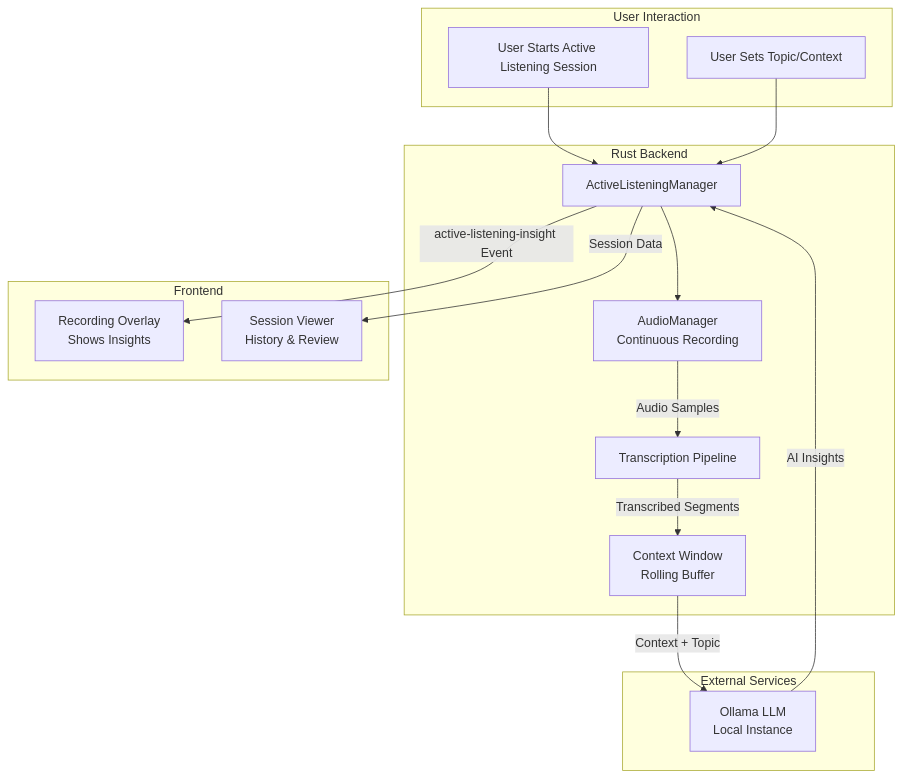
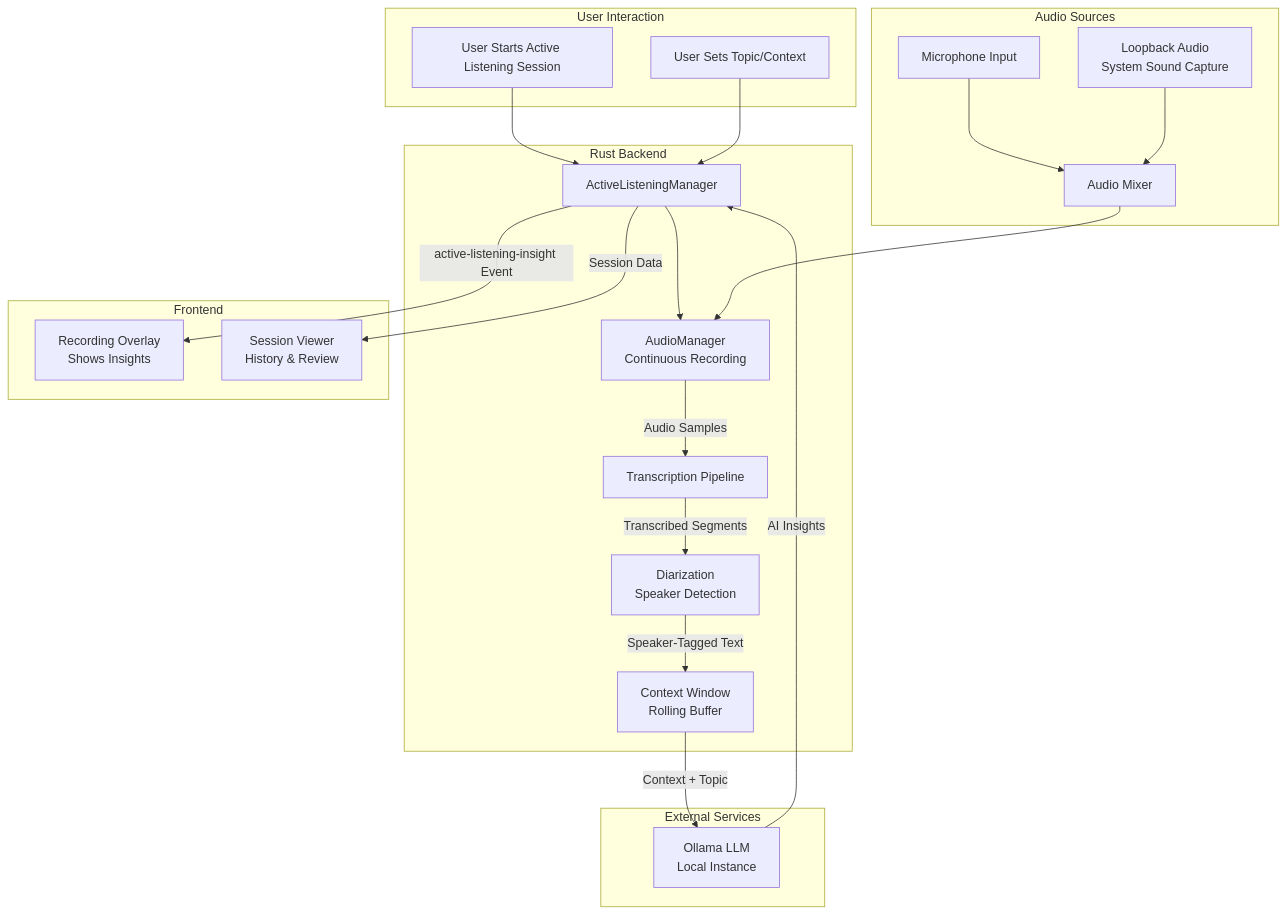
Before and after one commit to thukabjj/Handy: the fourth of 10 diagrams in DEV_DOCS.md, drawn with Mermaid. The commit also changed other lines of this file and 8 other files, not shown here.

````diff
--- a/DEV_DOCS.md
+++ b/DEV_DOCS.md
@@ -98,33 +120,44 @@
 ```mermaid
 graph TD
     subgraph "User Interaction"
         A[User Starts Active Listening Session]
         B[User Sets Topic/Context]
     end
 
+    subgraph "Audio Sources"
+        M[Microphone Input]
+        L[Loopback Audio<br>System Sound Capture]
+        MX[Audio Mixer]
+    end
+
     subgraph "Rust Backend"
         C[AudioManager<br>Continuous Recording]
         D[ActiveListeningManager]
         E[Transcription Pipeline]
+        DI[Diarization<br>Speaker Detection]
         F[Context Window<br>Rolling Buffer]
     end
 
     subgraph "External Services"
         G[Ollama LLM<br>Local Instance]
     end
 
     subgraph "Frontend"
         H[Recording Overlay<br>Shows Insights]
         I[Session Viewer<br>History & Review]
     end
 
     A --> D
     B --> D
     D --> C
+    M --> MX
+    L --> MX
+    MX --> C
     C -- "Audio Samples" --> E
-    E -- "Transcribed Segments" --> F
+    E -- "Transcribed Segments" --> DI
+    DI -- "Speaker-Tagged Text" --> F
     F -- "Context + Topic" --> G
     G -- "AI Insights" --> D
     D -- "active-listening-insight Event" --> H
     D -- "Session Data" --> I
 ```
````
